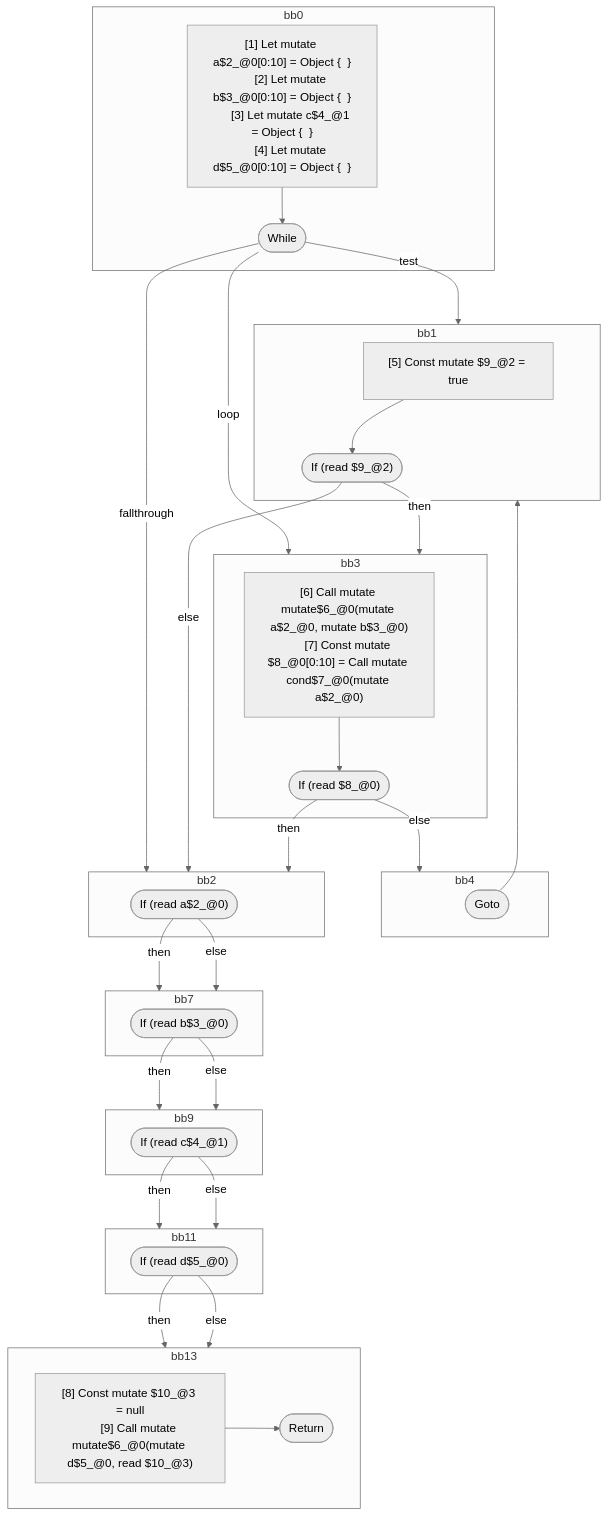
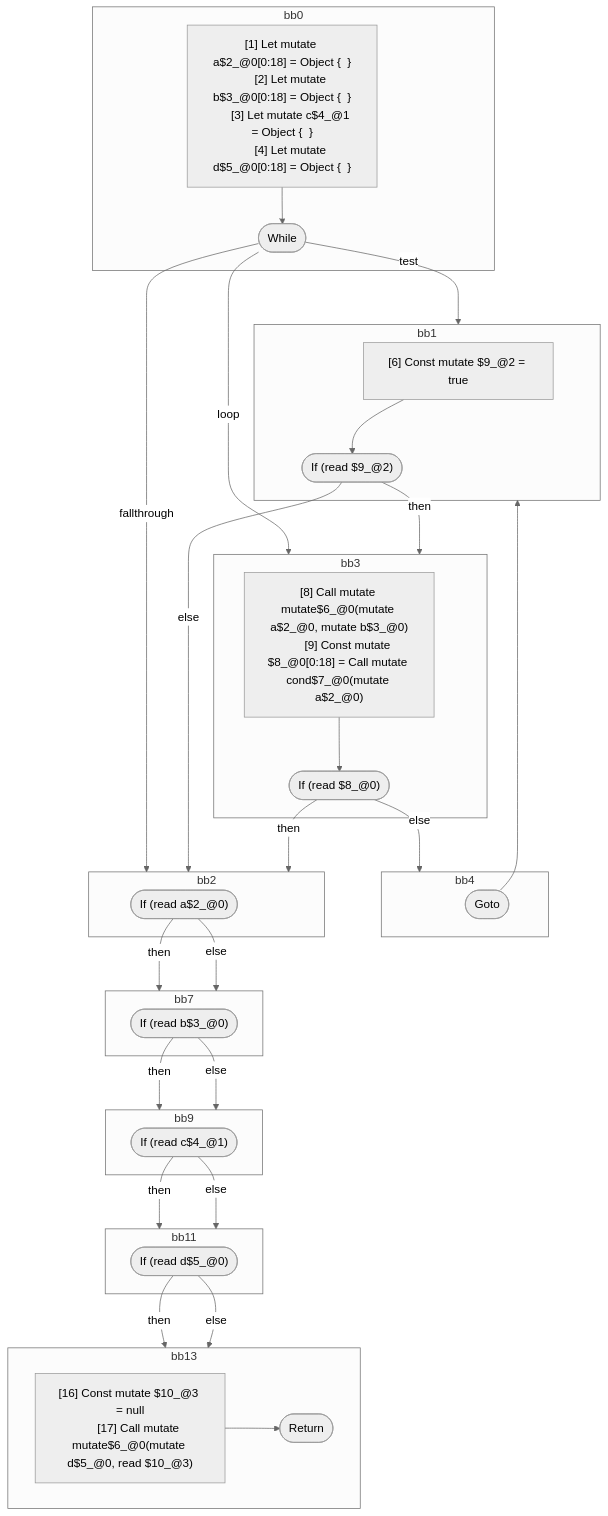
Before and after one commit to wutsmog/private: the third of 3 diagrams in compiler/forget/src/__tests__/fixtures/hir/mutable-liverange-loop.expect.md, drawn with Mermaid (neutral theme). The commit also changed other lines of this file and 61 other files, not shown here.

````diff
--- a/compiler/forget/src/__tests__/fixtures/hir/mutable-liverange-loop.expect.md
+++ b/compiler/forget/src/__tests__/fixtures/hir/mutable-liverange-loop.expect.md
@@ -135,67 +135,67 @@
 ```mermaid
 flowchart TB
   %% Basic Blocks
   subgraph bb0
     bb0_instrs["
-      [1] Let mutate a$2_@0[0:10] = Object {  }
-      [2] Let mutate b$3_@0[0:10] = Object {  }
+      [1] Let mutate a$2_@0[0:18] = Object {  }
+      [2] Let mutate b$3_@0[0:18] = Object {  }
       [3] Let mutate c$4_@1 = Object {  }
-      [4] Let mutate d$5_@0[0:10] = Object {  }
+      [4] Let mutate d$5_@0[0:18] = Object {  }
     "]
     bb0_instrs --> bb0_terminal(["While"])
   end
   subgraph bb1
     bb1_instrs["
-      [5] Const mutate $9_@2 = true
+      [6] Const mutate $9_@2 = true
     "]
     bb1_instrs --> bb1_terminal(["If (read $9_@2)"])
   end
   subgraph bb3
     bb3_instrs["
-      [6] Call mutate mutate$6_@0(mutate a$2_@0, mutate b$3_@0)
-      [7] Const mutate $8_@0[0:10] = Call mutate cond$7_@0(mutate a$2_@0)
+      [8] Call mutate mutate$6_@0(mutate a$2_@0, mutate b$3_@0)
+      [9] Const mutate $8_@0[0:18] = Call mutate cond$7_@0(mutate a$2_@0)
     "]
     bb3_instrs --> bb3_terminal(["If (read $8_@0)"])
   end
   subgraph bb4
     bb4_terminal(["Goto"])
   end
   subgraph bb2
     bb2_terminal(["If (read a$2_@0)"])
   end
   subgraph bb7
     bb7_terminal(["If (read b$3_@0)"])
   end
   subgraph bb9
     bb9_terminal(["If (read c$4_@1)"])
   end
   subgraph bb11
     bb11_terminal(["If (read d$5_@0)"])
   end
   subgraph bb13
     bb13_instrs["
-      [8] Const mutate $10_@3 = null
-      [9] Call mutate mutate$6_@0(mutate d$5_@0, read $10_@3)
+      [16] Const mutate $10_@3 = null
+      [17] Call mutate mutate$6_@0(mutate d$5_@0, read $10_@3)
     "]
     bb13_instrs --> bb13_terminal(["Return"])
   end
 
   %% Jumps
   bb0_terminal -- "test" --> bb1
   bb0_terminal -- "loop" --> bb3
   bb0_terminal -- "fallthrough" --> bb2
   bb1_terminal -- "then" --> bb3
   bb1_terminal -- "else" --> bb2
   bb3_terminal -- "then" --> bb2
   bb3_terminal -- "else" --> bb4
   bb4_terminal --> bb1
   bb2_terminal -- "then" --> bb7
   bb2_terminal -- "else" --> bb7
   bb7_terminal -- "then" --> bb9
   bb7_terminal -- "else" --> bb9
   bb9_terminal -- "then" --> bb11
   bb9_terminal -- "else" --> bb11
   bb11_terminal -- "then" --> bb13
   bb11_terminal -- "else" --> bb13
 
 ```
````
